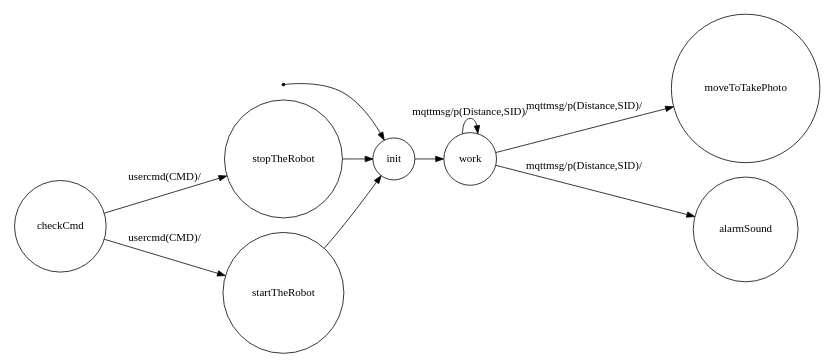
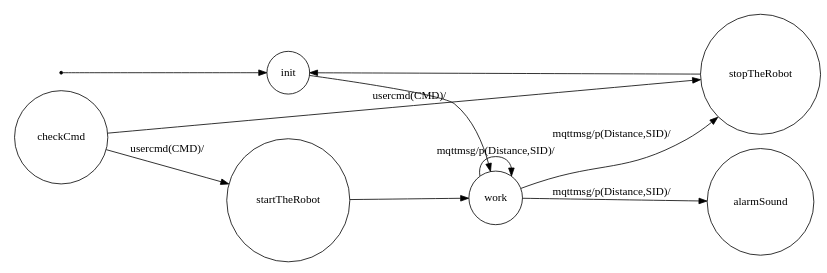
One commit to Diantha/TemaFinaleISS changed the diagram in srcMore/it/unibo/controller/dotFsm.gv. Above: the diagram before and after it, drawn with Graphviz. The commit also changed 11 other files, not shown here.

```diff
--- a/srcMore/it/unibo/controller/dotFsm.gv
+++ b/srcMore/it/unibo/controller/dotFsm.gv
@@ -1,31 +1,31 @@
 /*
 *
 * A GraphViz DOT FSM description 
 * Please use a GraphViz visualizer (like http://www.webgraphviz.com)
 * 
 * Generated by AM,NC,RM
 *  
 */
  
 digraph finite_state_machine {
   	rankdir=LR;
   	size="8,5"
   	node [shape = point]; iniziale;
   	node [shape = doublecircle]; 
   	node [shape = circle];
   	iniziale -> init [label = ""];
   	
   	
   	init -> work [ label = ""];
   	
-  	work -> moveToTakePhoto [ label = "mqttmsg/p(Distance,SID)/"];
   	work -> alarmSound [ label = "mqttmsg/p(Distance,SID)/"];
+  	work -> stopTheRobot [ label = "mqttmsg/p(Distance,SID)/"];
   	work -> work [ label = "mqttmsg/p(Distance,SID)/"];
   	
   	checkCmd -> stopTheRobot [ label = "usercmd(CMD)/"];
   	checkCmd -> startTheRobot [ label = "usercmd(CMD)/"];
   	
-  	startTheRobot -> init [ label = ""];
+  	startTheRobot -> work [ label = ""];
   	
   	stopTheRobot -> init [ label = ""];
 }
```
